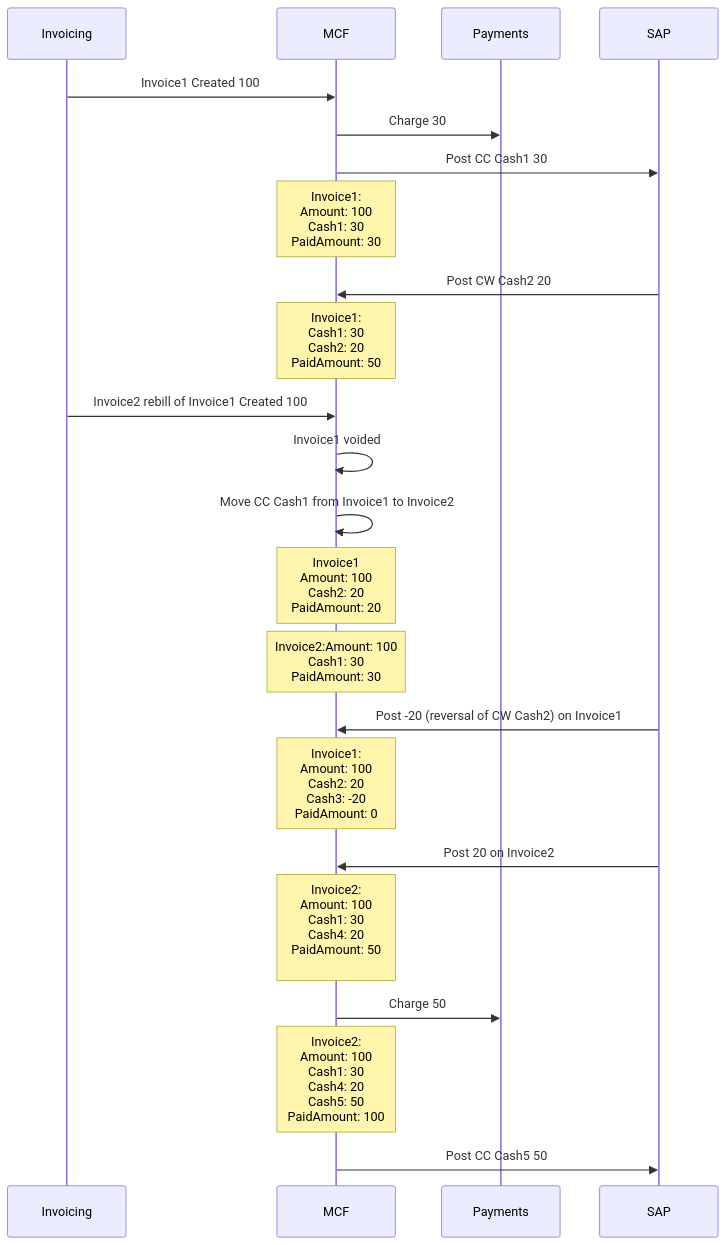
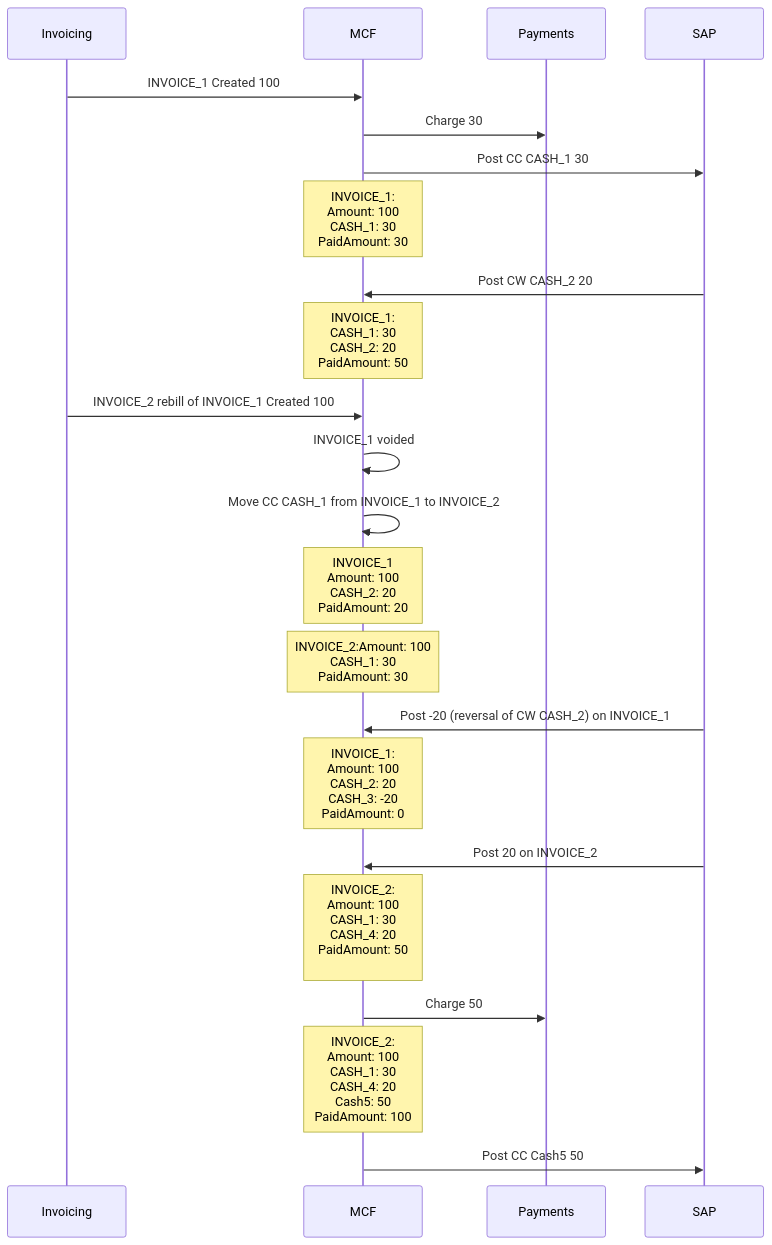
One commit to vikramsinha/test1 changed diagram 16 of 17 in MCF-SAP Scenarios.md. Above: the diagram before and after it, drawn with Mermaid. The commit also changed other lines of this file, not shown here.

Commit message:
Update MCF-SAP Scenarios.md

````diff
--- a/MCF-SAP Scenarios.md
+++ b/MCF-SAP Scenarios.md
@@ -258,26 +333,26 @@
 ```mermaid
 %%{init: {'theme': 'default'} }%%
 sequenceDiagram
     participant Invoicing
     participant MCF
     participant Payments
     participant SAP
-    Invoicing->>MCF: Invoice1 Created 100
+    Invoicing->>MCF: INVOICE_1 Created 100
     MCF->>Payments: Charge 30
-    MCF->>SAP: Post CC Cash1 30
-    Note over MCF: Invoice1:<br/>Amount: 100<br/>Cash1: 30<br/>PaidAmount: 30
-    SAP->>MCF: Post CW Cash2 20
-    Note over MCF: Invoice1:<br/>Cash1: 30<br/>Cash2: 20<br/>PaidAmount: 50
-    Invoicing->>MCF: Invoice2 rebill of Invoice1 Created 100
-    MCF->>MCF: Invoice1 voided
-    MCF->>MCF: Move CC Cash1 from Invoice1 to Invoice2
-    Note over MCF: Invoice1<br/>Amount: 100<br/>Cash2: 20<br/>PaidAmount: 20
-    Note over MCF: Invoice2:Amount: 100<br/>Cash1: 30<br/>PaidAmount: 30
-    SAP->>MCF: Post -20 (reversal of CW Cash2) on Invoice1
-    Note over MCF: Invoice1:<br/>Amount: 100<br/>Cash2: 20<br/>Cash3: -20<br/>PaidAmount: 0
-    SAP->>MCF: Post 20 on Invoice2
-    Note over MCF: Invoice2:<br/>Amount: 100<br/>Cash1: 30<br/>Cash4: 20<br/>PaidAmount: 50<br/>
+    MCF->>SAP: Post CC CASH_1 30
+    Note over MCF: INVOICE_1:<br/>Amount: 100<br/>CASH_1: 30<br/>PaidAmount: 30
+    SAP->>MCF: Post CW CASH_2 20
+    Note over MCF: INVOICE_1:<br/>CASH_1: 30<br/>CASH_2: 20<br/>PaidAmount: 50
+    Invoicing->>MCF: INVOICE_2 rebill of INVOICE_1 Created 100
+    MCF->>MCF: INVOICE_1 voided
+    MCF->>MCF: Move CC CASH_1 from INVOICE_1 to INVOICE_2
+    Note over MCF: INVOICE_1<br/>Amount: 100<br/>CASH_2: 20<br/>PaidAmount: 20
+    Note over MCF: INVOICE_2:Amount: 100<br/>CASH_1: 30<br/>PaidAmount: 30
+    SAP->>MCF: Post -20 (reversal of CW CASH_2) on INVOICE_1
+    Note over MCF: INVOICE_1:<br/>Amount: 100<br/>CASH_2: 20<br/>CASH_3: -20<br/>PaidAmount: 0
+    SAP->>MCF: Post 20 on INVOICE_2
+    Note over MCF: INVOICE_2:<br/>Amount: 100<br/>CASH_1: 30<br/>CASH_4: 20<br/>PaidAmount: 50<br/>
     MCF->>Payments: Charge 50
-    Note over MCF: Invoice2:<br/>Amount: 100<br/>Cash1: 30<br/>Cash4: 20<br/>Cash5: 50<br/>PaidAmount: 100
+    Note over MCF: INVOICE_2:<br/>Amount: 100<br/>CASH_1: 30<br/>CASH_4: 20<br/>Cash5: 50<br/>PaidAmount: 100
     MCF->>SAP: Post CC Cash5 50
 ```
````
